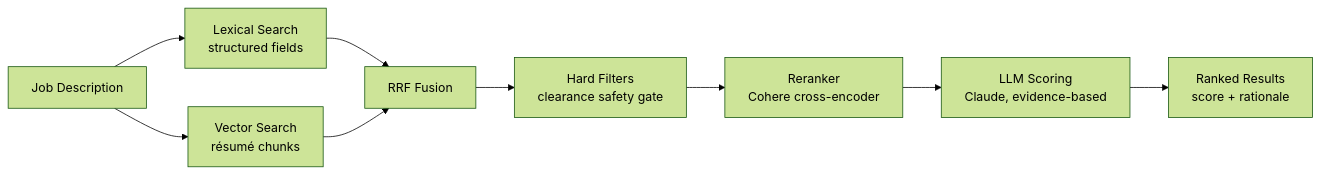
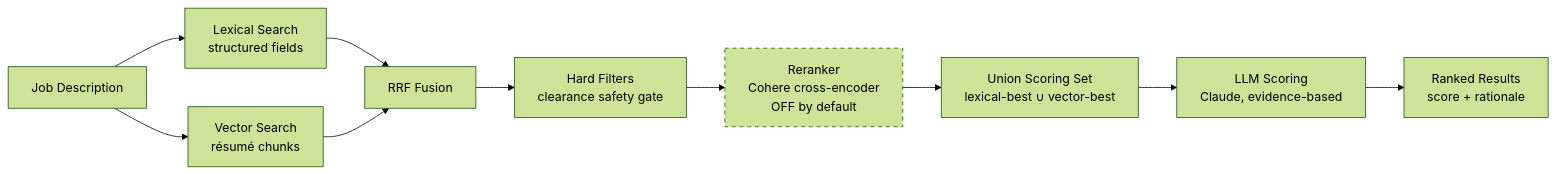
Before and after one commit to aimory-org/aimory-talent-pool: the diagram in docs/match.md, drawn with Mermaid (forest theme). The commit also changed other lines of this file and 4 other files, not shown here.

First line of the commit message:
fix(match): reranker off + union scoring + single-wave scoring to fix recall and 503s

````diff
--- a/docs/match.md
+++ b/docs/match.md
@@ -34,11 +37,13 @@
 ```mermaid
 flowchart LR
     JD[Job Description] --> LEX[Lexical Search<br/>structured fields]
     JD --> VEC[Vector Search<br/>résumé chunks]
     LEX --> FUSE[RRF Fusion]
     VEC --> FUSE
     FUSE --> GATE[Hard Filters<br/>clearance safety gate]
-    GATE --> RERANK[Reranker<br/>Cohere cross-encoder]
-    RERANK --> SCORE[LLM Scoring<br/>Claude, evidence-based]
+    GATE --> RERANK[Reranker<br/>Cohere cross-encoder<br/>OFF by default]
+    RERANK --> UNION[Union Scoring Set<br/>lexical-best ∪ vector-best]
+    UNION --> SCORE[LLM Scoring<br/>Claude, evidence-based]
     SCORE --> OUT[Ranked Results<br/>score + rationale]
+    style RERANK stroke-dasharray: 5 5
 ```
````
